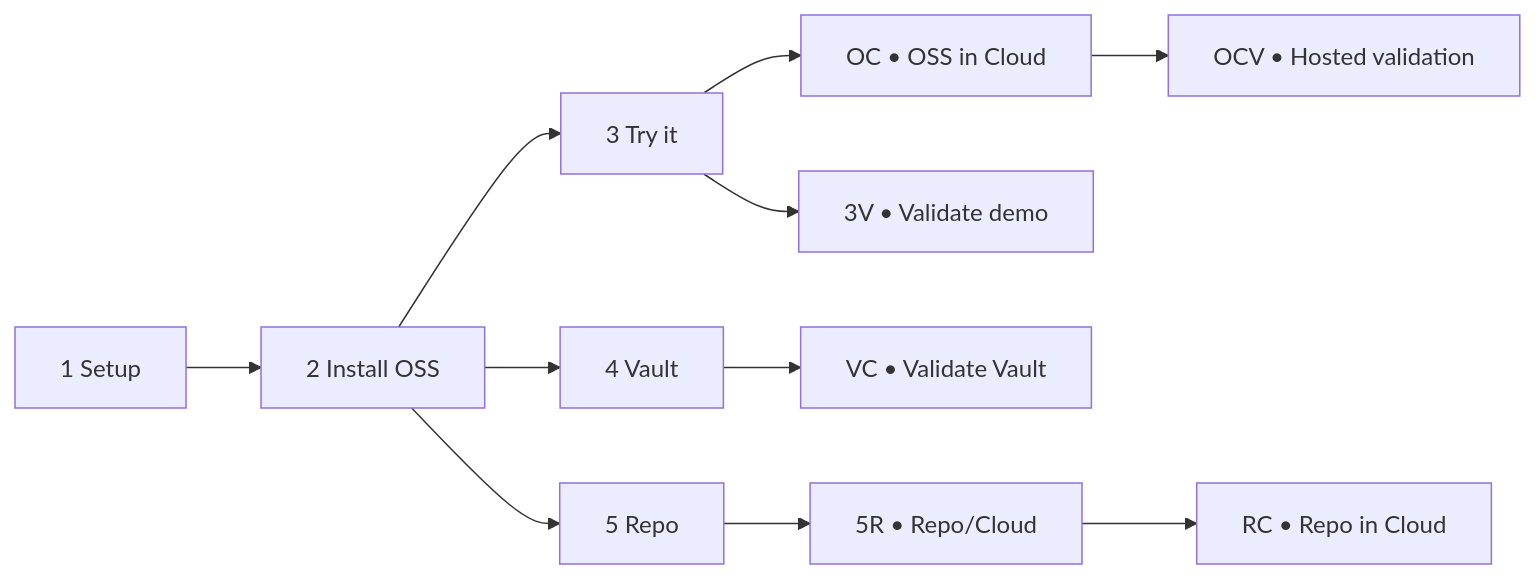
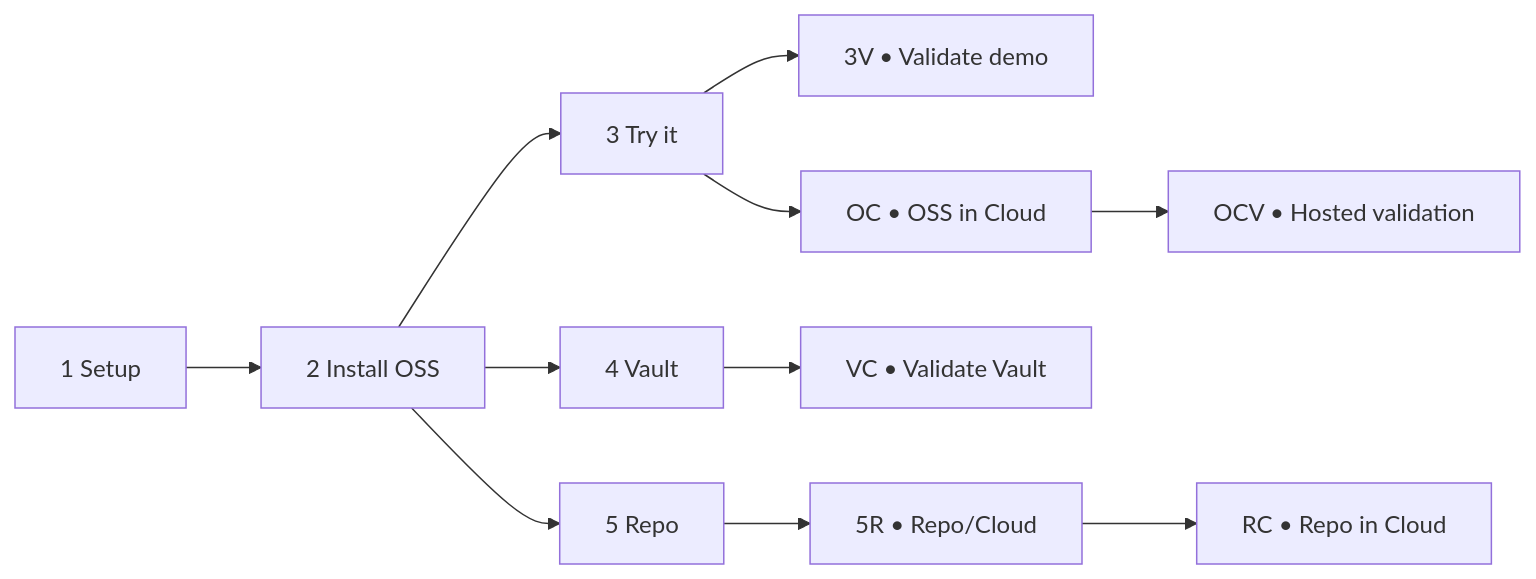
Before and after one commit to AgentDraven/merit-agent-skills: the first of 2 diagrams in Merit-Hub/README.md, drawn with Mermaid. The commit also changed other lines of this file and 3 other files, not shown here.

````diff
--- a/Merit-Hub/README.md
+++ b/Merit-Hub/README.md
@@ -40,9 +40,9 @@
 ```mermaid
 flowchart LR
   S["1 Setup"] --> I["2 Install OSS"] --> T["3 Try it"]
+  T --> V3["3V • Validate demo"]
   T --> OC["OC • OSS in Cloud"]
   OC --> OCV["OCV • Hosted validation"]
-  T --> V3["3V • Validate demo"]
   I --> VA["4 Vault"] --> VC["VC • Validate Vault"]
   I --> R["5 Repo"] --> R5["5R • Repo/Cloud"] --> RC["RC • Repo in Cloud"]
 ```
````
